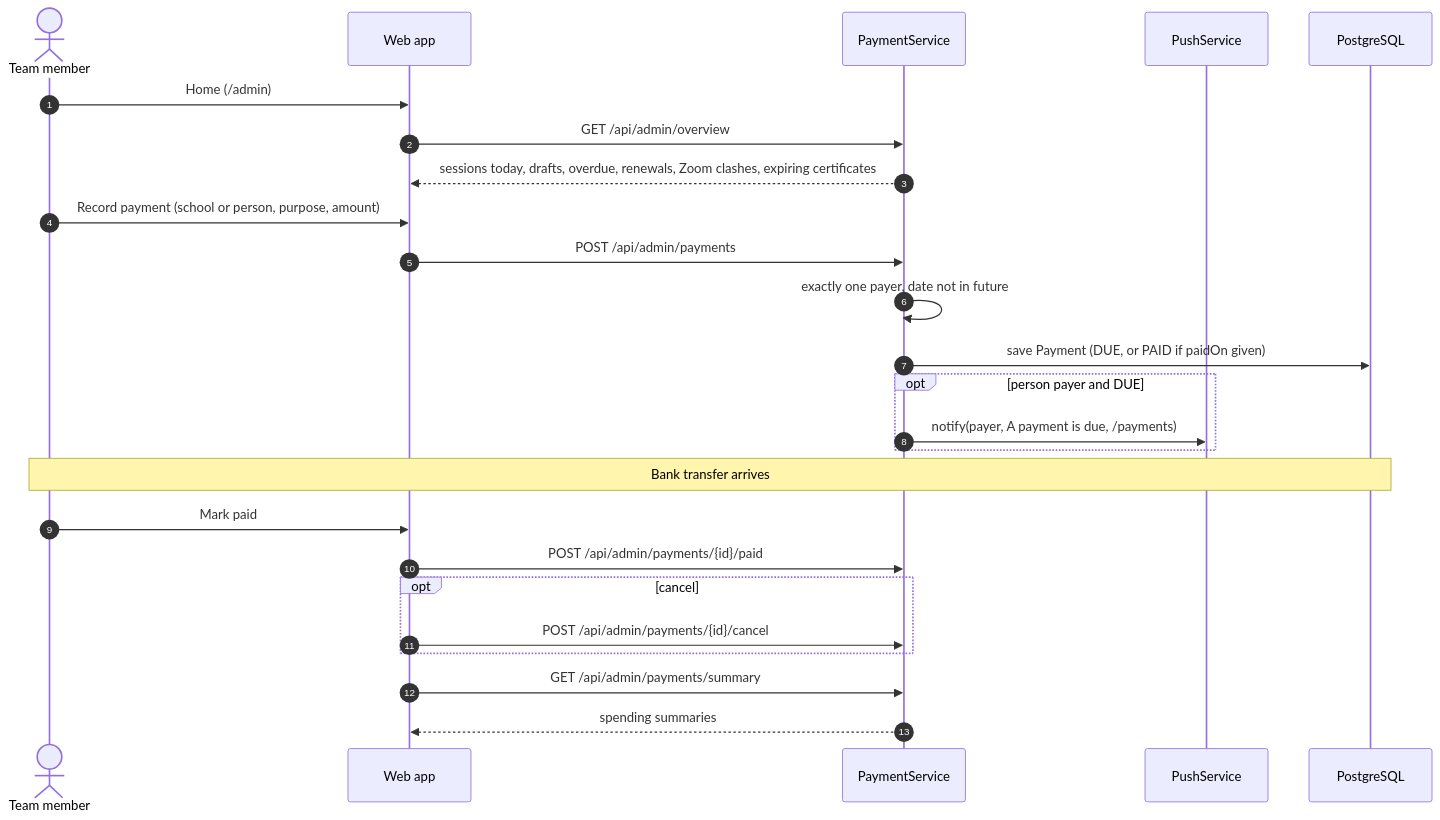
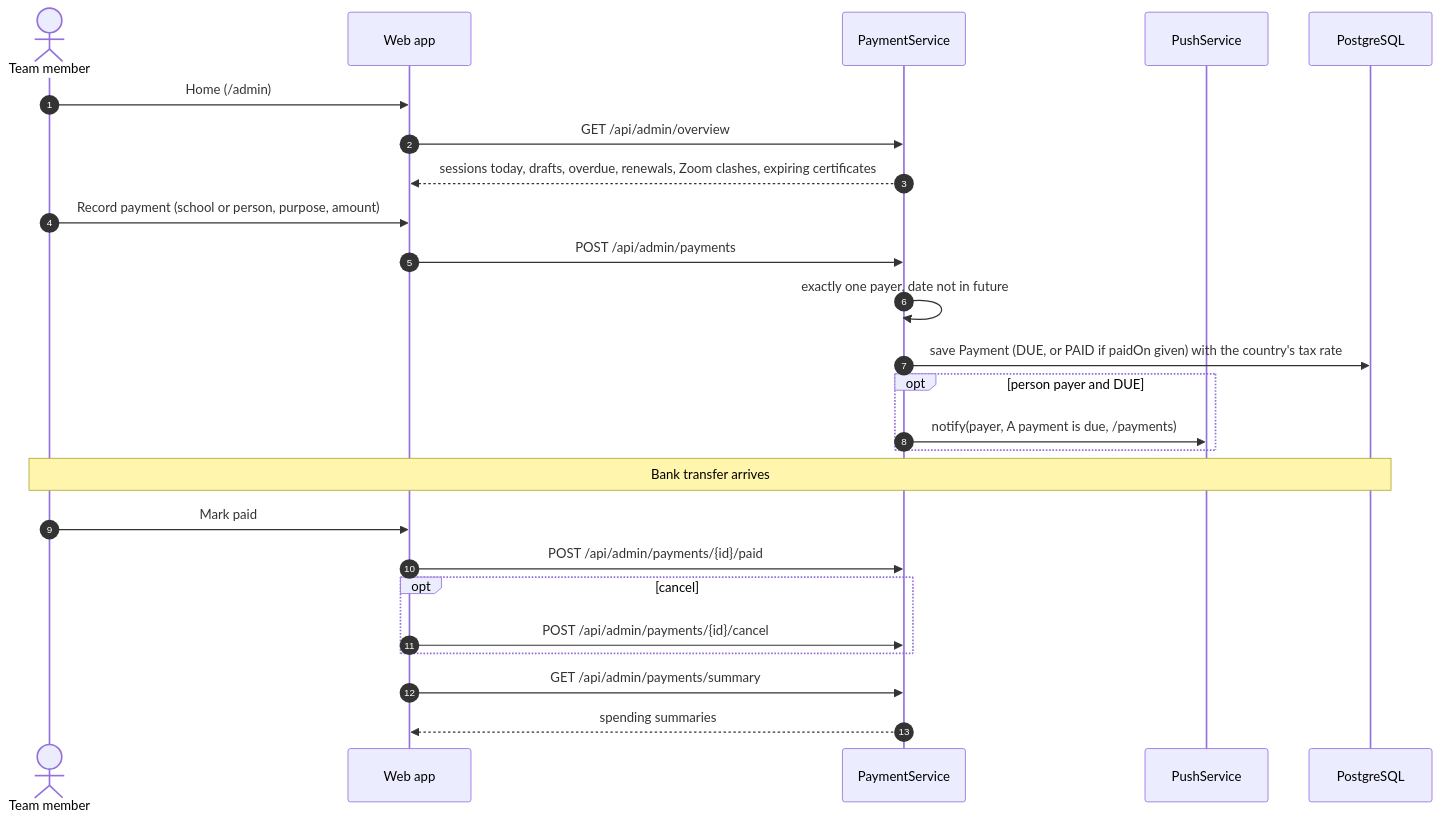
The fourth of 4 diagrams in docs/flows/7-motor-movers-team.md (ersagarnikam/MoterMoversPlatform), drawn with Mermaid before and after one commit. The commit also changed other lines of this file and 17 other files, not shown here.

First line of the commit message:
Show the tax included in each payment

````diff
--- a/docs/flows/7-motor-movers-team.md
+++ b/docs/flows/7-motor-movers-team.md
@@ -149,27 +149,27 @@
 ```mermaid
 sequenceDiagram
   autonumber
   actor A as Team member
   participant W as Web app
   participant API as PaymentService
   participant PU as PushService
   participant DB as PostgreSQL
   A->>W: Home (/admin)
   W->>API: GET /api/admin/overview
   API-->>W: sessions today, drafts, overdue, renewals, Zoom clashes, expiring certificates
   A->>W: Record payment (school or person, purpose, amount)
   W->>API: POST /api/admin/payments
   API->>API: exactly one payer, date not in future
-  API->>DB: save Payment (DUE, or PAID if paidOn given)
+  API->>DB: save Payment (DUE, or PAID if paidOn given) with the country's tax rate
   opt person payer and DUE
     API->>PU: notify(payer, A payment is due, /payments)
   end
   Note over A,DB: Bank transfer arrives
   A->>W: Mark paid
   W->>API: POST /api/admin/payments/{id}/paid
   opt cancel
     W->>API: POST /api/admin/payments/{id}/cancel
   end
   W->>API: GET /api/admin/payments/summary
   API-->>W: spending summaries
 ```
````
